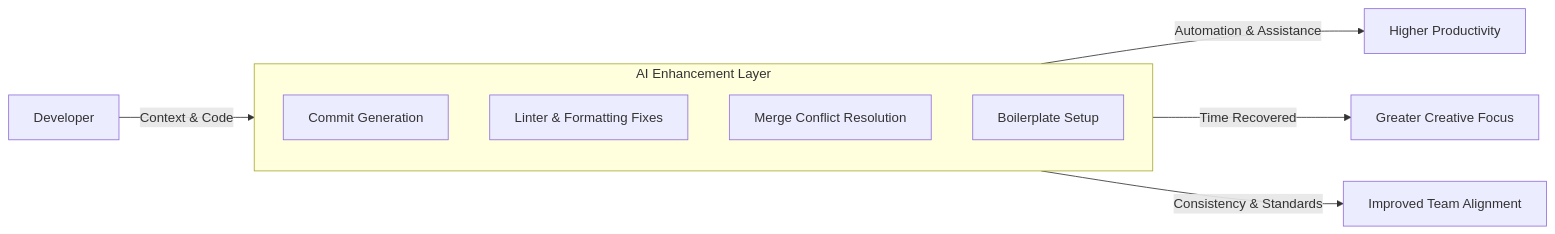
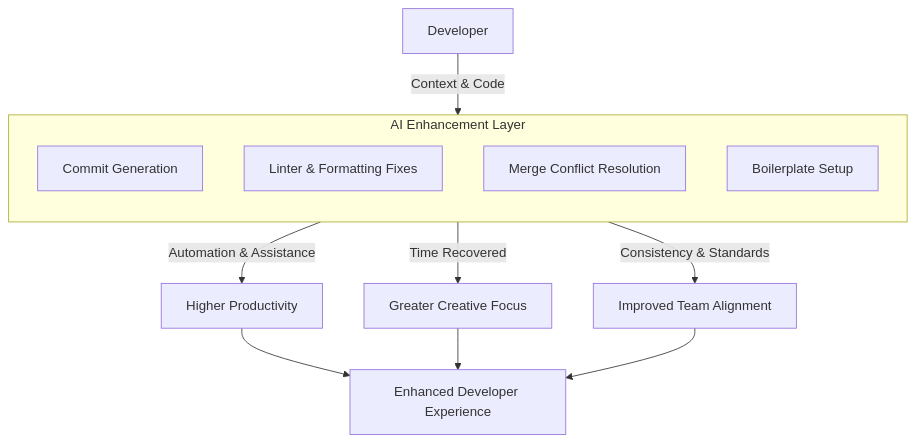
Before and after one commit to mattstruble/mattstruble.github.io: the diagram in content/blog/ai-boost-workflow/index.md, drawn with Mermaid.

Commit message:
feat: improved flow chart

````diff
--- a/content/blog/ai-boost-workflow/index.md
+++ b/content/blog/ai-boost-workflow/index.md
@@ -61,14 +61,17 @@
 ```mermaid
-flowchart LR
+flowchart TB
     D[Developer] -->|Context & Code| A
     subgraph A[AI Enhancement Layer]
         direction TB
         C1[Commit Generation]
         C2[Linter & Formatting Fixes]
         C3[Merge Conflict Resolution]
         C4[Boilerplate Setup]
     end
-    A -->|Automation & Assistance| O1[Higher Productivity]
-    A -->|Time Recovered| O2[Greater Creative Focus]
-    A -->|Consistency & Standards| O3[Improved Team Alignment]
+    A -->|Automation & Assistance| P1[Higher Productivity]
+    A -->|Time Recovered| P2[Greater Creative Focus]
+    A -->|Consistency & Standards| P3[Improved Team Alignment]
+    P1 --> F[Enhanced Developer Experience]
+    P2 --> F
+    P3 --> F
 ```
````
